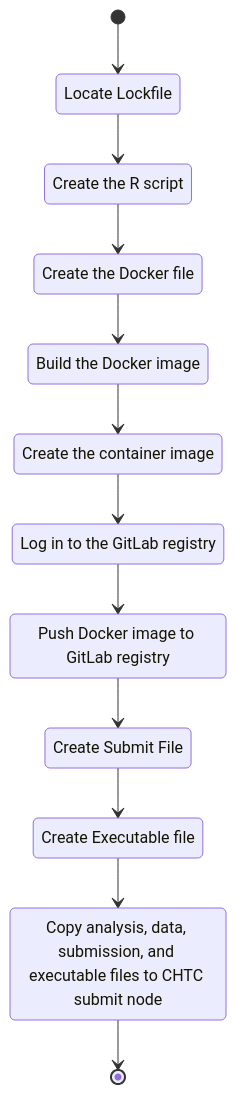
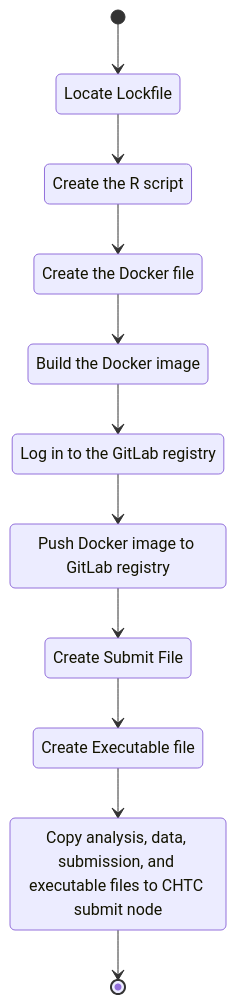
Before and after one commit to erwinlares/dockerfile-from-quarto: the first of 2 diagrams in jan-project-SB.qmd, drawn with Mermaid. The commit also changed other lines of this file, not shown here.

````diff
--- a/jan-project-SB.qmd
+++ b/jan-project-SB.qmd
@@ -44,28 +46,29 @@
 ```{mermaid}
 stateDiagram
+
     
     s1: Locate Lockfile 
     s2: Create the R script
     s3: Create the Docker file 
     s4: Build the Docker image
-    s5: Create the container image
     s6: Log in to the GitLab registry
     s7: Push Docker image to GitLab registry
     s8: Create Submit File
     s9: Create Executable file
     s10: Copy analysis, data, submission, and executable files to CHTC submit node
+   
+    direction TB
     
     [*] --> s1
     s1 --> s2
     s2 --> s3
     s3 --> s4
-    s4 --> s5
-    s5 --> s6
+    s4 --> s6
     s6 --> s7
     s7 --> s8
     s8 -->s9
     s9 --> s10
     s10 --> [*]
     
 
 ```
````
